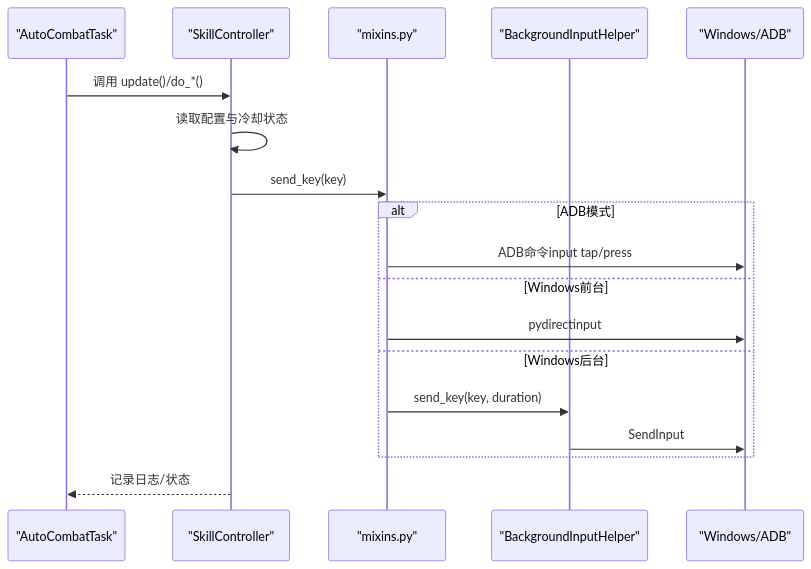
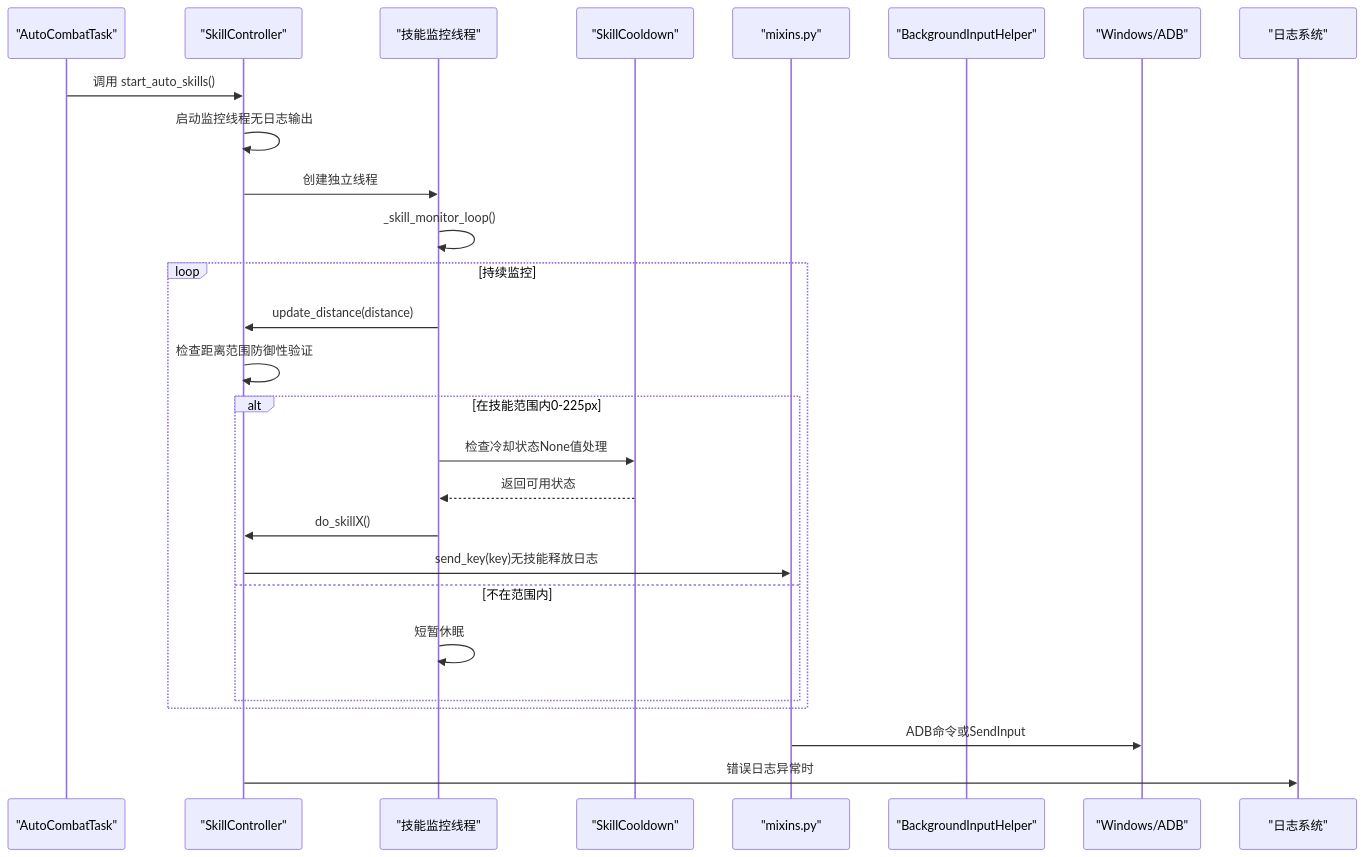
The second of 8 diagrams in .qoder/repowiki/zh/content/战斗系统/技能控制器.md (xsy098-max/ok-jump), drawn with Mermaid before and after one commit. The commit also changed other lines of this file and 73 other files, not shown here.

````diff
--- a/.qoder/repowiki/zh/content/战斗系统/技能控制器.md
+++ b/.qoder/repowiki/zh/content/战斗系统/技能控制器.md
@@ -117,20 +164,29 @@
 ```mermaid
 sequenceDiagram
 participant Task as "AutoCombatTask"
 participant SC as "SkillController"
+participant Thread as "技能监控线程"
+participant Cooldown as "SkillCooldown"
 participant Mix as "mixins.py"
 participant BIH as "BackgroundInputHelper"
 participant Win as "Windows/ADB"
-Task->>SC : 调用 update()/do_*()
-SC->>SC : 读取配置与冷却状态
-SC->>Mix : send_key(key)
-alt ADB模式
-Mix->>Win : ADB命令input tap/press
-else Windows前台
-Mix->>Win : pydirectinput
-else Windows后台
-Mix->>BIH : send_key(key, duration)
-BIH->>Win : SendInput
+participant Log as "日志系统"
+Task->>SC : 调用 start_auto_skills()
+SC->>SC : 启动监控线程无日志输出
+SC->>Thread : 创建独立线程
+Thread->>Thread : _skill_monitor_loop()
+loop 持续监控
+Thread->>SC : update_distance(distance)
+SC->>SC : 检查距离范围防御性验证
+alt 在技能范围内0-225px
+Thread->>Cooldown : 检查冷却状态None值处理
+Cooldown-->>Thread : 返回可用状态
+Thread->>SC : do_skillX()
+SC->>Mix : send_key(key)无技能释放日志
+else 不在范围内
+Thread->>Thread : 短暂休眠
 end
-SC-->>Task : 记录日志/状态
+end
+Mix->>Win : ADB命令或SendInput
+SC->>Log : 错误日志异常时
 ```
````
